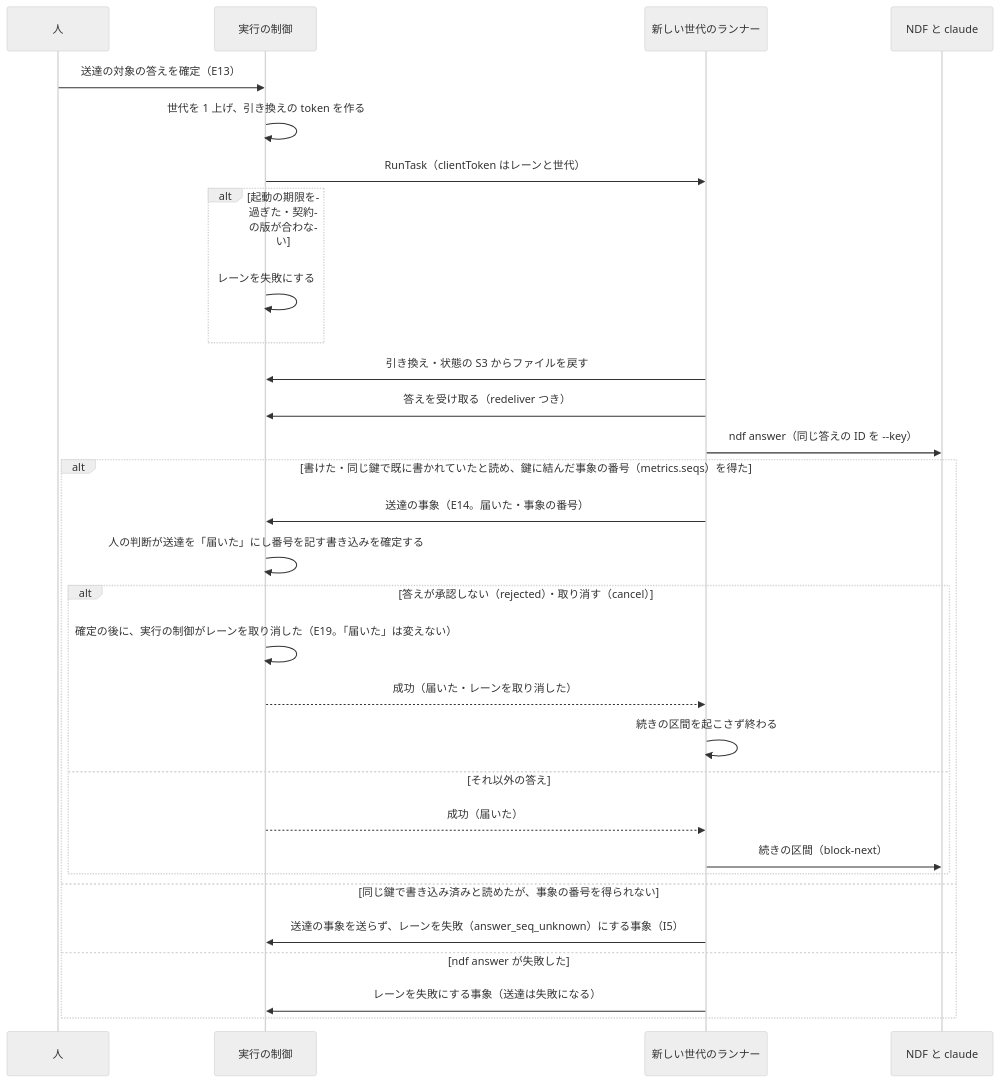
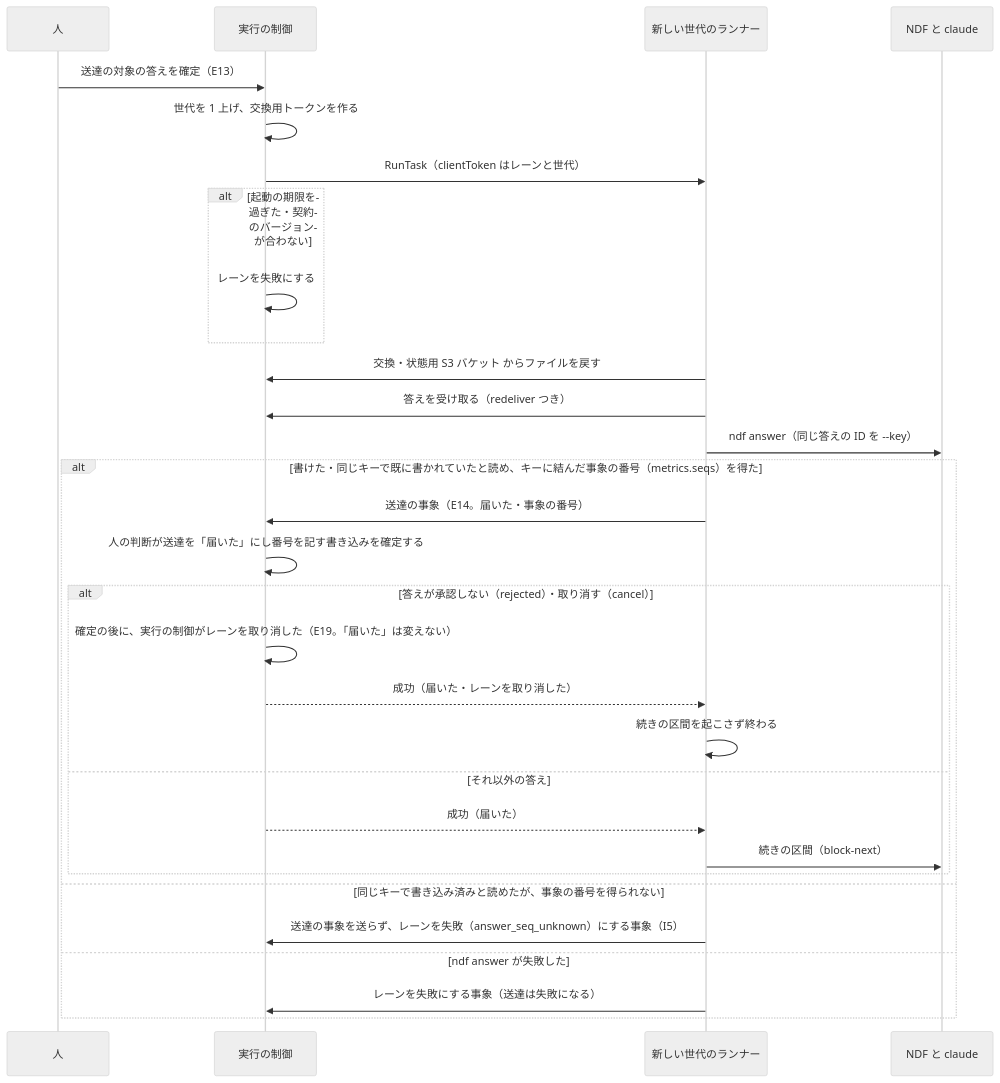
Before and after one commit to devbasex/nd-factory: the fifth of 10 diagrams in docs/design/execution.md, drawn with Mermaid (neutral theme). The commit also changed other lines of this file and 22 other files, not shown here.

````diff
--- a/docs/design/execution.md
+++ b/docs/design/execution.md
@@ -208,32 +208,32 @@
 ```mermaid
 sequenceDiagram
     participant H as 人
     participant API as 実行の制御
     participant R as 新しい世代のランナー
     participant N as NDF と claude
     H->>API: 送達の対象の答えを確定（E13）
-    API->>API: 世代を 1 上げ、引き換えの token を作る
+    API->>API: 世代を 1 上げ、交換用トークンを作る
     API->>R: RunTask（clientToken はレーンと世代）
-    alt 起動の期限を過ぎた・契約の版が合わない
+    alt 起動の期限を過ぎた・契約のバージョンが合わない
         API->>API: レーンを失敗にする
     end
-    R->>API: 引き換え・状態の S3 からファイルを戻す
+    R->>API: 交換・状態用 S3 バケット からファイルを戻す
     R->>API: 答えを受け取る（redeliver つき）
     R->>N: ndf answer（同じ答えの ID を --key）
-    alt 書けた・同じ鍵で既に書かれていたと読め、鍵に結んだ事象の番号（metrics.seqs）を得た
+    alt 書けた・同じキーで既に書かれていたと読め、キーに結んだ事象の番号（metrics.seqs）を得た
         R->>API: 送達の事象（E14。届いた・事象の番号）
         API->>API: 人の判断が送達を「届いた」にし番号を記す書き込みを確定する
         alt 答えが承認しない（rejected）・取り消す（cancel）
             API->>API: 確定の後に、実行の制御がレーンを取り消した（E19。「届いた」は変えない）
             API-->>R: 成功（届いた・レーンを取り消した）
             R->>R: 続きの区間を起こさず終わる
         else それ以外の答え
             API-->>R: 成功（届いた）
             R->>N: 続きの区間（block-next）
         end
-    else 同じ鍵で書き込み済みと読めたが、事象の番号を得られない
+    else 同じキーで書き込み済みと読めたが、事象の番号を得られない
         R->>API: 送達の事象を送らず、レーンを失敗（answer_seq_unknown）にする事象（I5）
     else ndf answer が失敗した
         R->>API: レーンを失敗にする事象（送達は失敗になる）
     end
 ```
````
